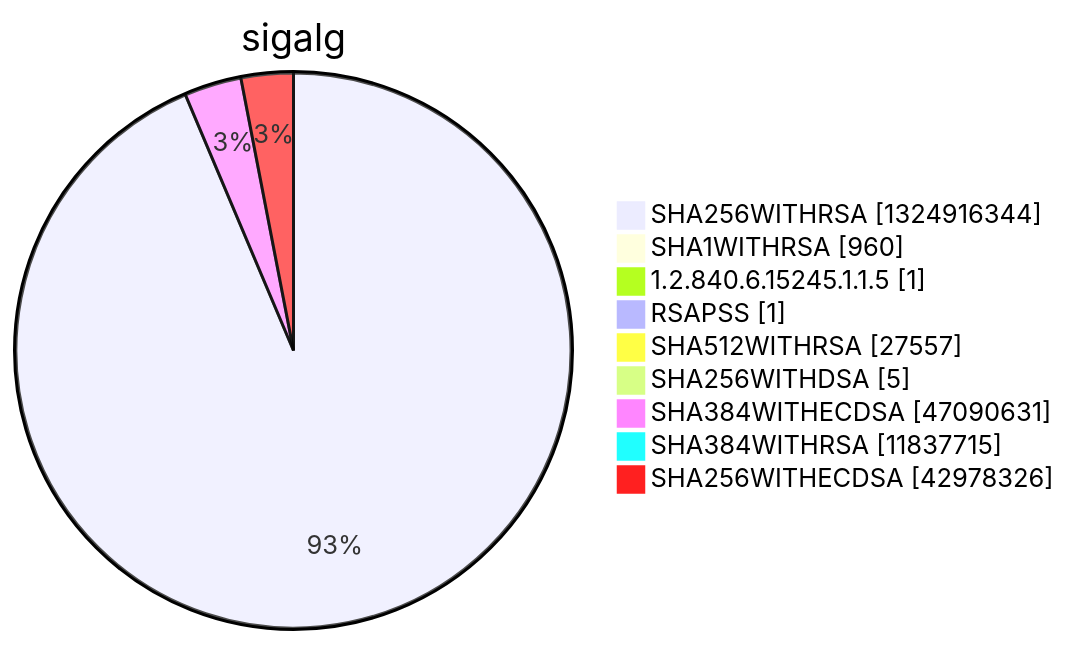
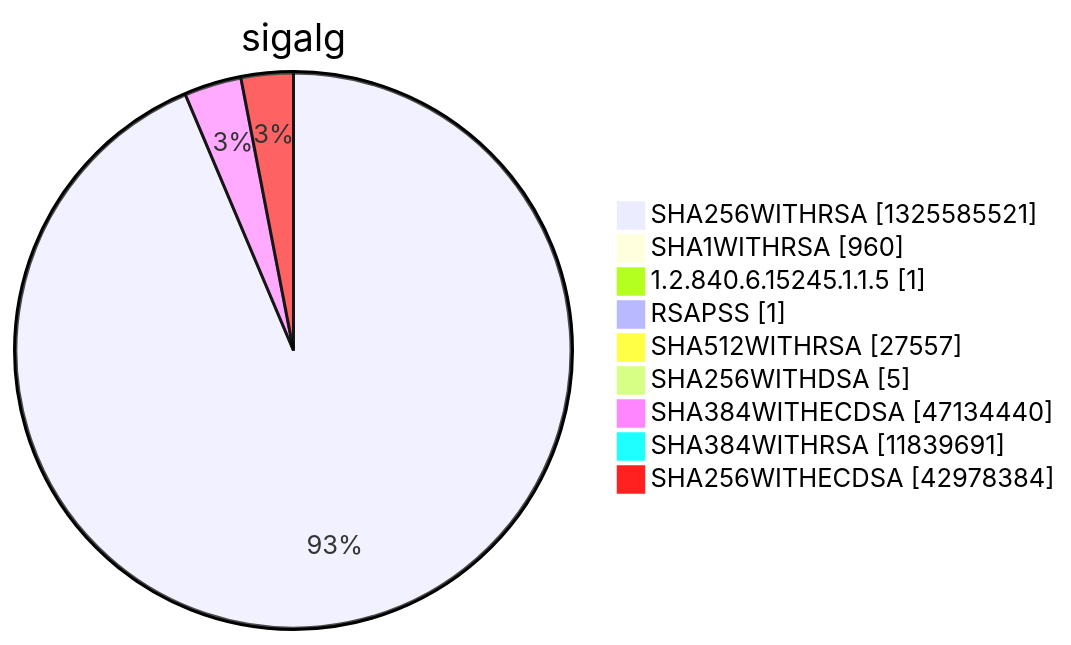
Before and after one commit to christiankrug/ctmonitor_visualization: diagram 15 of 15 in argon2022/README.md, drawn with Mermaid. The commit also changed other lines of this file, not shown here.

````diff
--- a/argon2022/README.md
+++ b/argon2022/README.md
@@ -5524,13 +5524,13 @@
 ```mermaid
 pie showData
 title sigalg
-"SHA256WITHRSA" :1324916344
+"SHA256WITHRSA" :1325585521
 "SHA1WITHRSA" :960
 "1.2.840.6.15245.1.1.5" :1
 "RSAPSS" :1
 "SHA512WITHRSA" :27557
 "SHA256WITHDSA" :5
-"SHA384WITHECDSA" :47090631
-"SHA384WITHRSA" :11837715
-"SHA256WITHECDSA" :42978326
+"SHA384WITHECDSA" :47134440
+"SHA384WITHRSA" :11839691
+"SHA256WITHECDSA" :42978384
 ```
````
